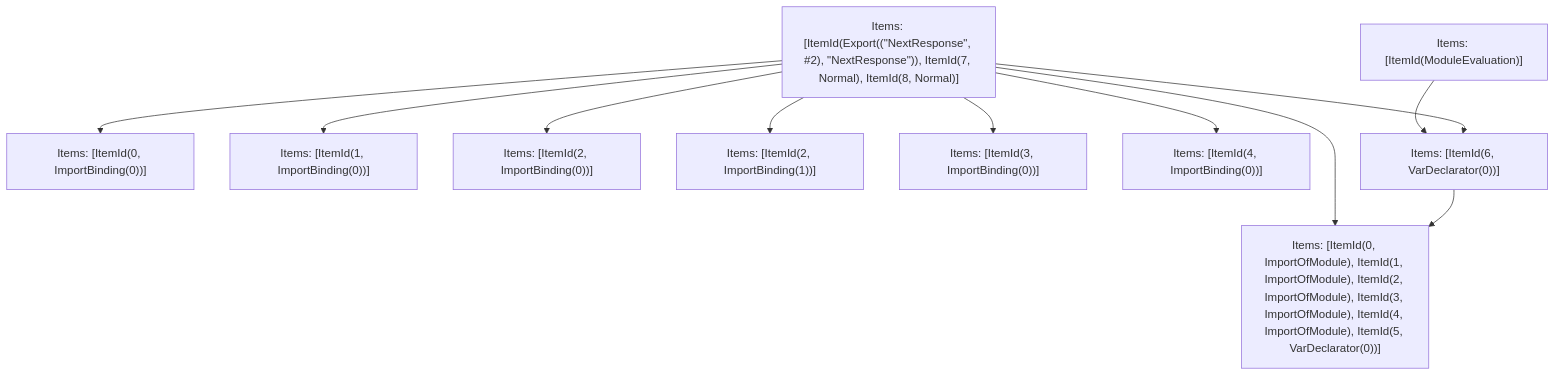
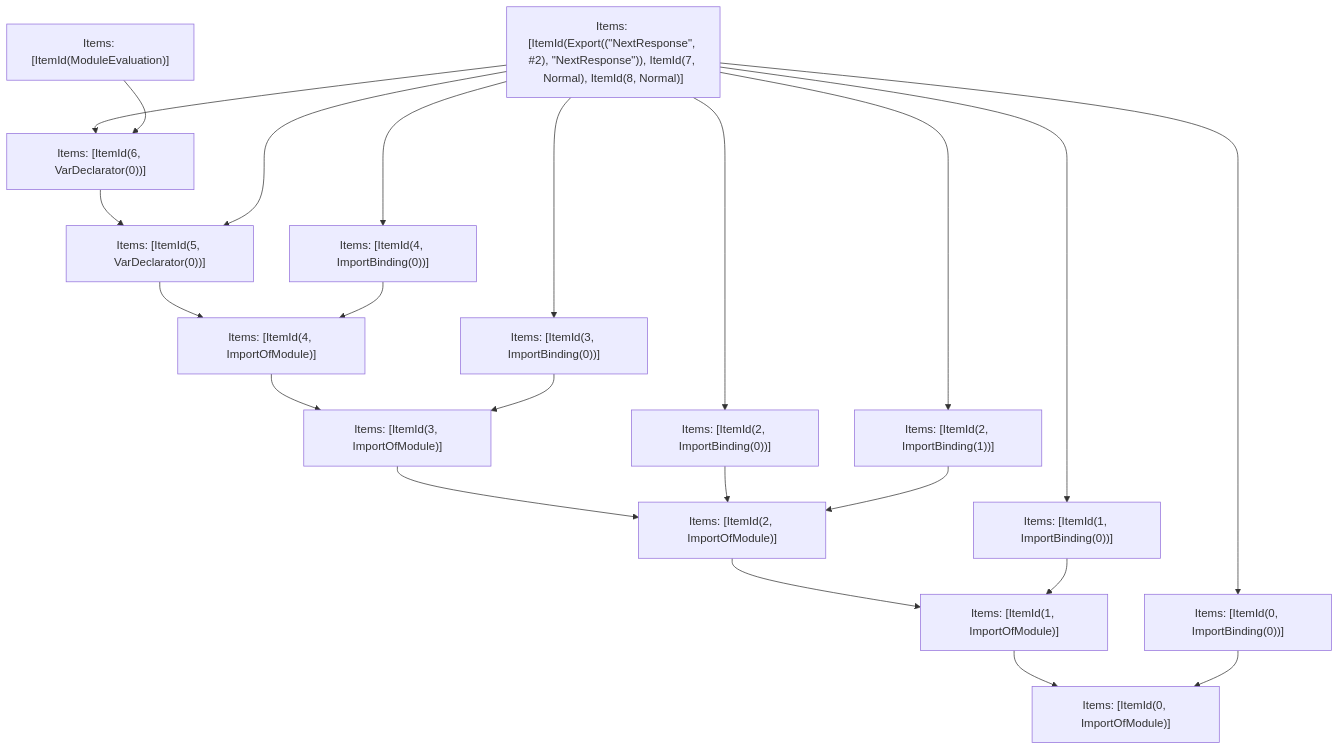
One commit to Dreitt/nextt changed the fifth of 5 diagrams in turbopack/crates/turbopack-ecmascript/tests/tree-shaker/analyzer/next-response/output.md. Above: the diagram before and after it, drawn with Mermaid. The commit also changed other lines of this file and 19 other files, not shown here.

````diff
--- a/turbopack/crates/turbopack-ecmascript/tests/tree-shaker/analyzer/next-response/output.md
+++ b/turbopack/crates/turbopack-ecmascript/tests/tree-shaker/analyzer/next-response/output.md
@@ -411,23 +411,39 @@
 ```mermaid
 graph TD
     N0["Items: [ItemId(ModuleEvaluation)]"];
     N1["Items: [ItemId(Export((&quot;NextResponse&quot;, #2), &quot;NextResponse&quot;)), ItemId(7, Normal), ItemId(8, Normal)]"];
-    N2["Items: [ItemId(0, ImportOfModule), ItemId(1, ImportOfModule), ItemId(2, ImportOfModule), ItemId(3, ImportOfModule), ItemId(4, ImportOfModule), ItemId(5, VarDeclarator(0))]"];
+    N2["Items: [ItemId(0, ImportOfModule)]"];
     N3["Items: [ItemId(0, ImportBinding(0))]"];
-    N4["Items: [ItemId(1, ImportBinding(0))]"];
-    N5["Items: [ItemId(2, ImportBinding(0))]"];
-    N6["Items: [ItemId(2, ImportBinding(1))]"];
-    N7["Items: [ItemId(3, ImportBinding(0))]"];
-    N8["Items: [ItemId(4, ImportBinding(0))]"];
-    N9["Items: [ItemId(6, VarDeclarator(0))]"];
+    N4["Items: [ItemId(1, ImportOfModule)]"];
+    N5["Items: [ItemId(1, ImportBinding(0))]"];
+    N6["Items: [ItemId(2, ImportOfModule)]"];
+    N7["Items: [ItemId(2, ImportBinding(0))]"];
+    N8["Items: [ItemId(2, ImportBinding(1))]"];
+    N9["Items: [ItemId(3, ImportOfModule)]"];
+    N10["Items: [ItemId(3, ImportBinding(0))]"];
+    N11["Items: [ItemId(4, ImportOfModule)]"];
+    N12["Items: [ItemId(4, ImportBinding(0))]"];
+    N13["Items: [ItemId(5, VarDeclarator(0))]"];
+    N14["Items: [ItemId(6, VarDeclarator(0))]"];
+    N4 --> N2;
+    N6 --> N4;
+    N9 --> N6;
+    N11 --> N9;
+    N13 --> N11;
+    N14 --> N13;
+    N1 --> N8;
+    N1 --> N14;
     N1 --> N7;
-    N1 --> N2;
-    N1 --> N8;
-    N0 --> N9;
+    N1 --> N5;
+    N1 --> N13;
+    N1 --> N10;
+    N10 --> N9;
     N1 --> N3;
-    N9 --> N2;
-    N1 --> N6;
-    N1 --> N9;
-    N1 --> N5;
-    N1 --> N4;
+    N1 --> N12;
+    N12 --> N11;
+    N0 --> N14;
+    N3 --> N2;
+    N5 --> N4;
+    N7 --> N6;
+    N8 --> N6;
 ```
````
